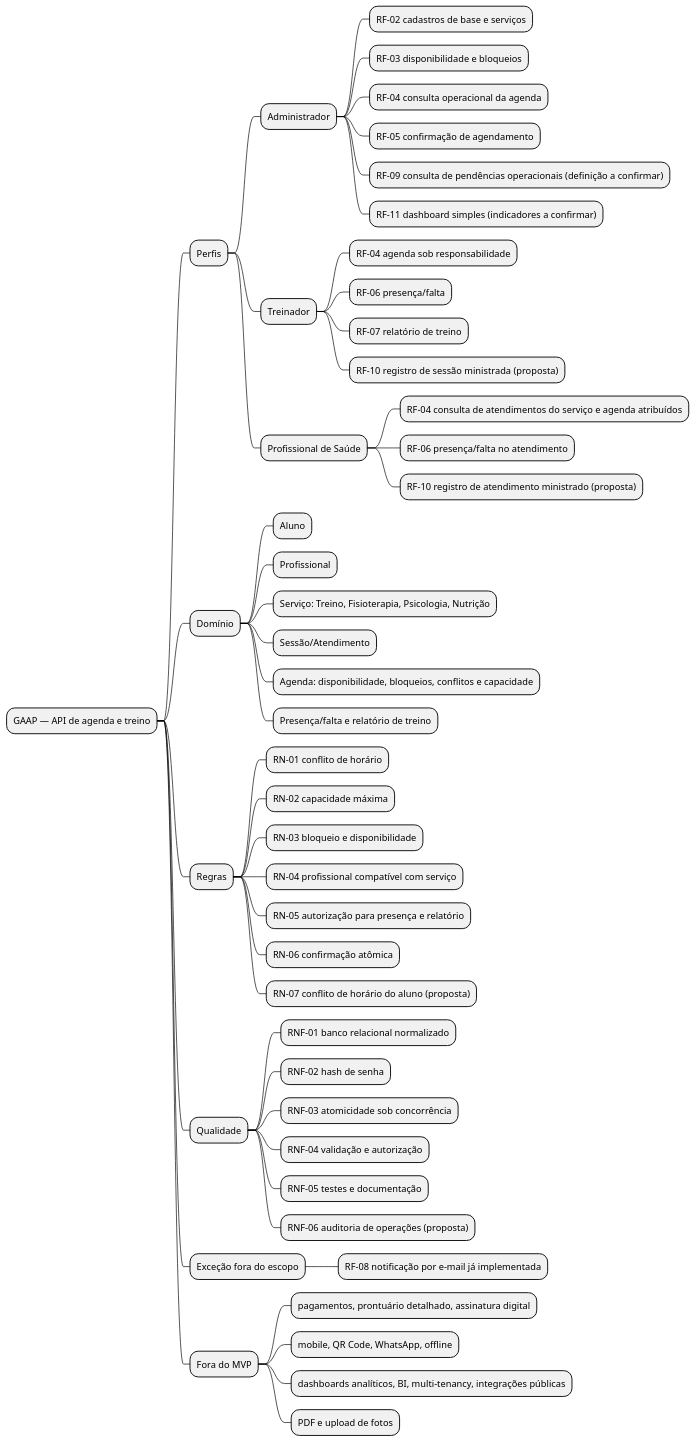
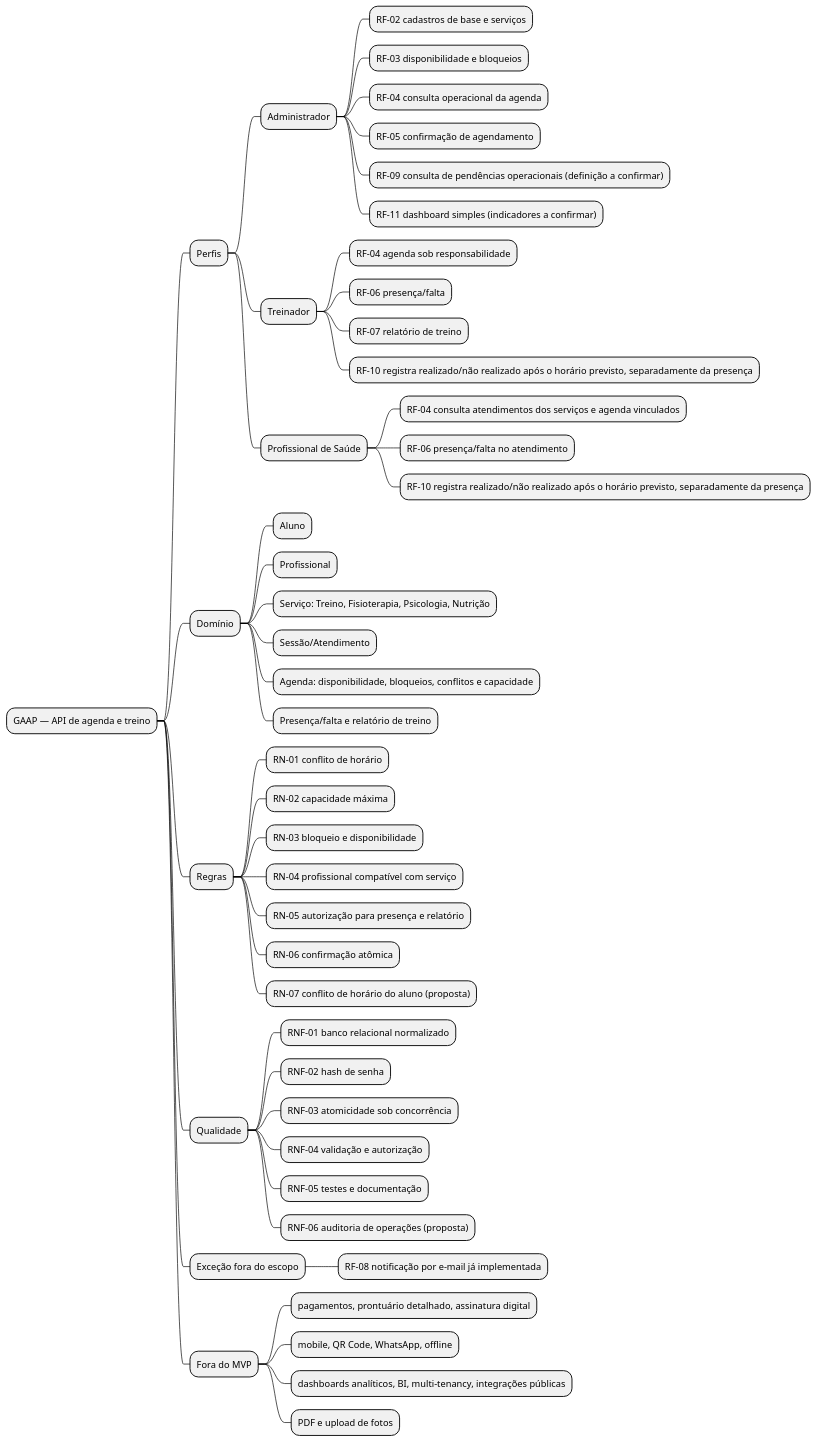
The diagram in docs/Iniciacao/mapa_mental.md (Projetos-de-Extensao/PECDII_26.2_8001_I), drawn with PlantUML before and after one commit. The commit also changed 12 other files, not shown here.

````diff
--- a/docs/Iniciacao/mapa_mental.md
+++ b/docs/Iniciacao/mapa_mental.md
@@ -9,55 +9,55 @@
 ```plantuml
 @startmindmap gaap_mapa_mental
 skinparam monochrome true
 skinparam ArrowColor #000000
 skinparam NodeFontSize 14
 
 * GAAP — API de agenda e treino
 ** Perfis
 *** Administrador
 **** RF-02 cadastros de base e serviços
 **** RF-03 disponibilidade e bloqueios
 **** RF-04 consulta operacional da agenda
 **** RF-05 confirmação de agendamento
 **** RF-09 consulta de pendências operacionais (definição a confirmar)
 **** RF-11 dashboard simples (indicadores a confirmar)
 *** Treinador
 **** RF-04 agenda sob responsabilidade
 **** RF-06 presença/falta
 **** RF-07 relatório de treino
-**** RF-10 registro de sessão ministrada (proposta)
+**** RF-10 registra realizado/não realizado após o horário previsto, separadamente da presença
 *** Profissional de Saúde
-**** RF-04 consulta de atendimentos do serviço e agenda atribuídos
+**** RF-04 consulta atendimentos dos serviços e agenda vinculados
 **** RF-06 presença/falta no atendimento
-**** RF-10 registro de atendimento ministrado (proposta)
+**** RF-10 registra realizado/não realizado após o horário previsto, separadamente da presença
 ** Domínio
 *** Aluno
 *** Profissional
 *** Serviço: Treino, Fisioterapia, Psicologia, Nutrição
 *** Sessão/Atendimento
 *** Agenda: disponibilidade, bloqueios, conflitos e capacidade
 *** Presença/falta e relatório de treino
 ** Regras
 *** RN-01 conflito de horário
 *** RN-02 capacidade máxima
 *** RN-03 bloqueio e disponibilidade
 *** RN-04 profissional compatível com serviço
 *** RN-05 autorização para presença e relatório
 *** RN-06 confirmação atômica
 *** RN-07 conflito de horário do aluno (proposta)
 ** Qualidade
 *** RNF-01 banco relacional normalizado
 *** RNF-02 hash de senha
 *** RNF-03 atomicidade sob concorrência
 *** RNF-04 validação e autorização
 *** RNF-05 testes e documentação
 *** RNF-06 auditoria de operações (proposta)
 ** Exceção fora do escopo
 *** RF-08 notificação por e-mail já implementada
 ** Fora do MVP
 *** pagamentos, prontuário detalhado, assinatura digital
 *** mobile, QR Code, WhatsApp, offline
 *** dashboards analíticos, BI, multi-tenancy, integrações públicas
 *** PDF e upload de fotos
 @endmindmap
 ```
````
